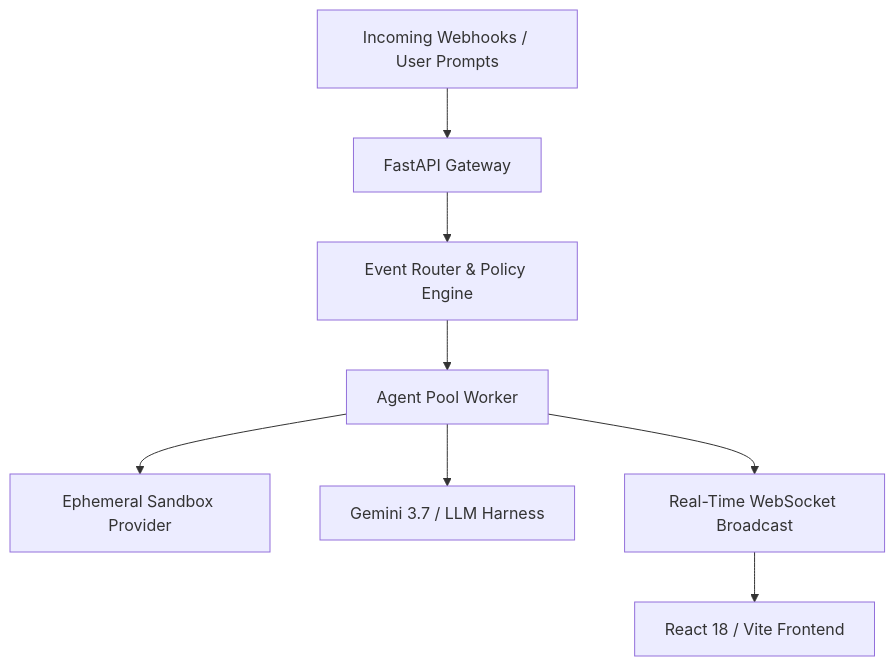
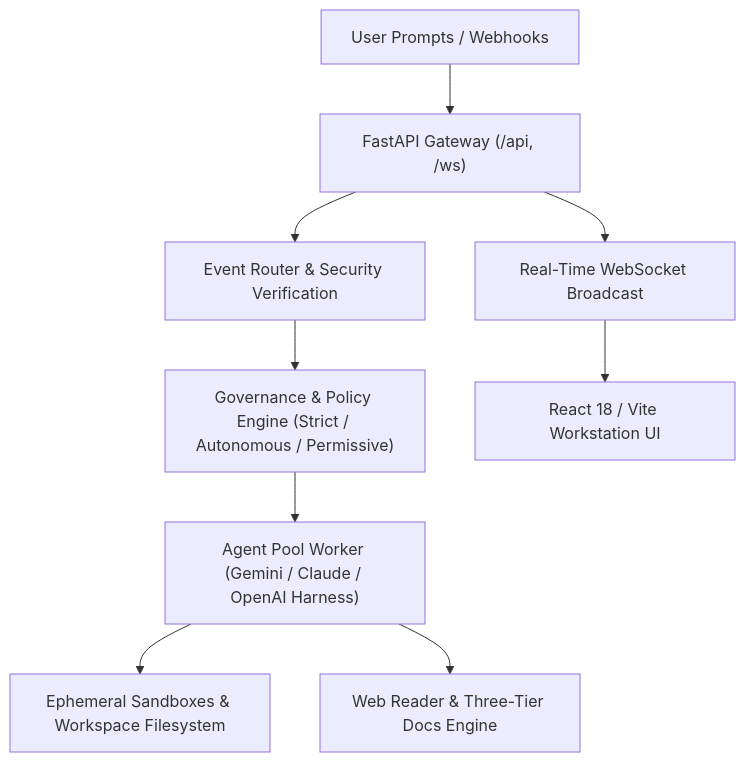
Before and after one commit to rubum/cyclode: the diagram in README.md, drawn with Mermaid. The commit also changed other lines of this file and 42 other files, not shown here.

Commit message:
feat: Cyclode rebrand, three-tier docs navigation, AI session titles, and transparent favicon suite

````diff
--- a/README.md
+++ b/README.md
@@ -35,10 +66,11 @@
 ```mermaid
 graph TD
-    A[Incoming Webhooks / User Prompts] --> B[FastAPI Gateway]
-    B --> C[Event Router & Policy Engine]
-    C --> D[Agent Pool Worker]
-    D --> E[Ephemeral Sandbox Provider]
-    D --> F[Gemini 3.7 / LLM Harness]
-    D --> G[Real-Time WebSocket Broadcast]
-    G --> H[React 18 / Vite Frontend]
+    A["User Prompts / Webhooks"] --> B["FastAPI Gateway (/api, /ws)"]
+    B --> C["Event Router & Security Verification"]
+    C --> D["Governance & Policy Engine (Strict / Autonomous / Permissive)"]
+    D --> E["Agent Pool Worker (Gemini / Claude / OpenAI Harness)"]
+    E --> F["Ephemeral Sandboxes & Workspace Filesystem"]
+    E --> G["Web Reader & Three-Tier Docs Engine"]
+    B --> H["Real-Time WebSocket Broadcast"]
+    H --> I["React 18 / Vite Workstation UI"]
 ```
````
